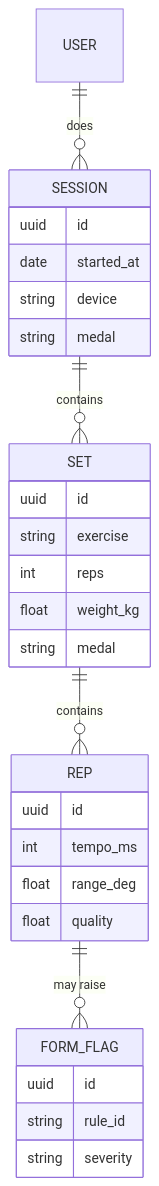
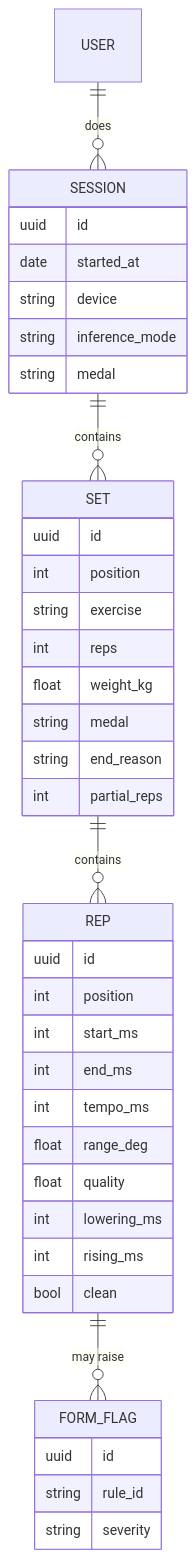
One commit to Del0m/KnightHacks2026 changed the eighth of 17 diagrams in Architecture.md. Above: the diagram before and after it, drawn with Mermaid. The commit also changed other lines of this file and 3 other files, not shown here.

````diff
--- a/Architecture.md
+++ b/Architecture.md
@@ -465,11 +470,11 @@
 ```mermaid
 erDiagram
     USER ||--o{ SESSION : "does"
     SESSION ||--o{ SET : "contains"
     SET ||--o{ REP : "contains"
     REP ||--o{ FORM_FLAG : "may raise"
-    SESSION { uuid id date started_at string device string medal }
-    SET { uuid id string exercise int reps float weight_kg string medal }
-    REP { uuid id int tempo_ms float range_deg float quality }
+    SESSION { uuid id date started_at string device string inference_mode string medal }
+    SET { uuid id int position string exercise int reps float weight_kg string medal string end_reason int partial_reps }
+    REP { uuid id int position int start_ms int end_ms int tempo_ms float range_deg float quality int lowering_ms int rising_ms bool clean }
     FORM_FLAG { uuid id string rule_id string severity }
 ```
````
